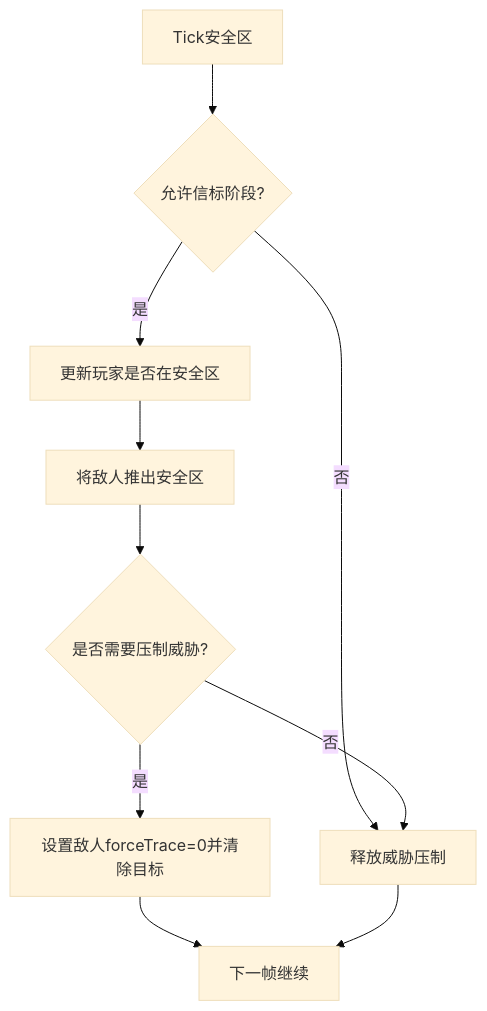
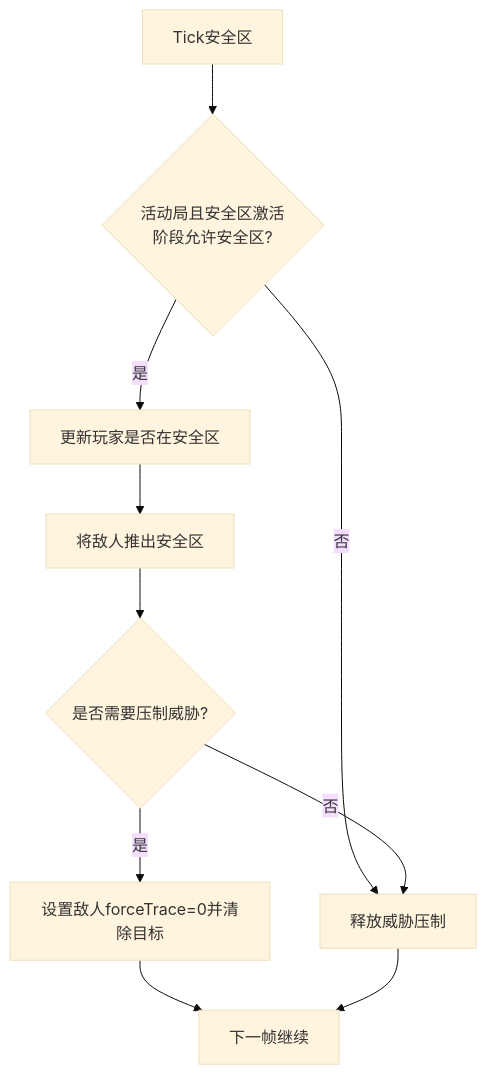
One commit to GASEN1216/BossRushMod changed the sixth of 9 diagrams in .qoder/repowiki/zh/content/游戏模式系统/僵尸模式.md. Above: the diagram before and after it, drawn with Mermaid (base theme). The commit also changed other lines of this file and 297 other files, not shown here.

````diff
--- a/.qoder/repowiki/zh/content/游戏模式系统/僵尸模式.md
+++ b/.qoder/repowiki/zh/content/游戏模式系统/僵尸模式.md
@@ -333,12 +374,12 @@
 ```mermaid
 flowchart TD
-SStart["Tick安全区"] --> CheckPhase{"允许信标阶段?"}
+SStart["Tick安全区"] --> CheckPhase{"活动局且安全区激活<br/>阶段允许安全区?"}
 CheckPhase --> |否| Release["释放威胁压制"]
 CheckPhase --> |是| UpdatePresence["更新玩家是否在安全区"]
 UpdatePresence --> KeepOutside["将敌人推出安全区"]
 KeepOutside --> Suppress{"是否需要压制威胁?"}
 Suppress --> |是| DoSuppress["设置敌人forceTrace=0并清除目标"]
 Suppress --> |否| Release
 DoSuppress --> Next["下一帧继续"]
 Release --> Next
 ```
````
